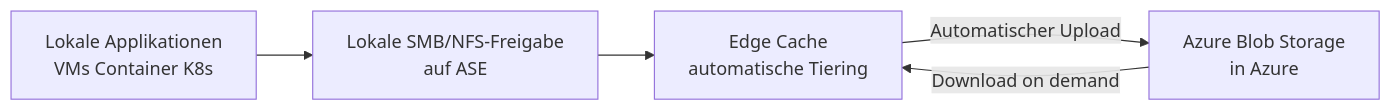
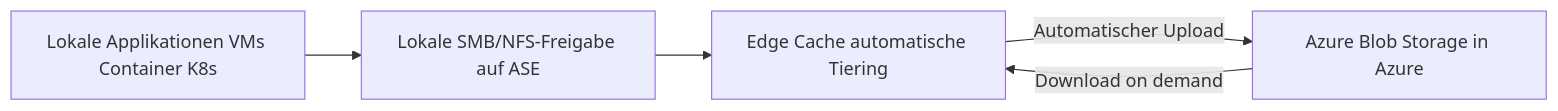
The eighth of 12 diagrams in Microsoft 365/Azure/Arc/Azure Stack Edge.md (SoniiiT/notes-n-docs), drawn with Mermaid before and after one commit. The commit also changed other lines of this file and 124 other files, not shown here.

First line of the commit message:
fix: Entferne \n aus allen Mermaid-Diagrammen (125 Dateien)

````diff
--- a/Microsoft 365/Azure/Arc/Azure Stack Edge.md
+++ b/Microsoft 365/Azure/Arc/Azure Stack Edge.md
@@ -316,12 +316,12 @@
 ```mermaid
 graph LR
-    APPS[Lokale Applikationen\nVMs Container K8s]
-    LOCAL_SHARE[Lokale SMB/NFS-Freigabe\nauf ASE]
-    CACHE[Edge Cache\nautomatische Tiering]
-    BLOB[Azure Blob Storage\nin Azure]
+    APPS[Lokale Applikationen VMs Container K8s]
+    LOCAL_SHARE[Lokale SMB/NFS-Freigabe auf ASE]
+    CACHE[Edge Cache automatische Tiering]
+    BLOB[Azure Blob Storage in Azure]
 
     APPS --> LOCAL_SHARE
     LOCAL_SHARE --> CACHE
     CACHE -->|Automatischer Upload| BLOB
     BLOB -->|Download on demand| CACHE
 ```
````
